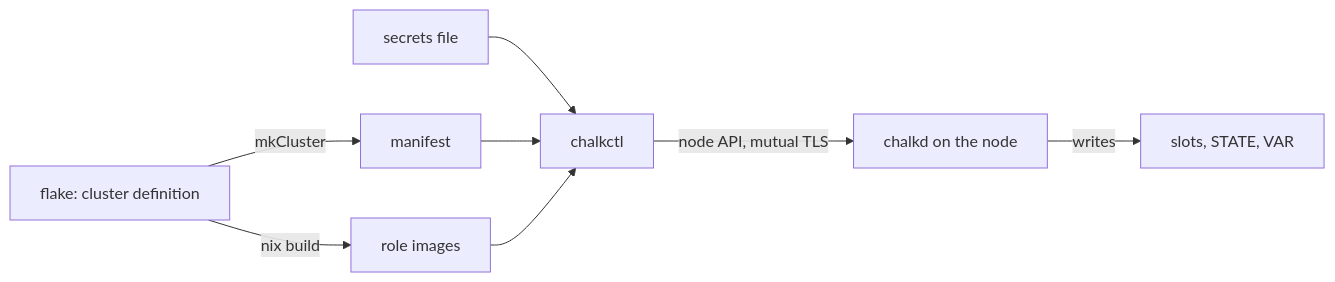
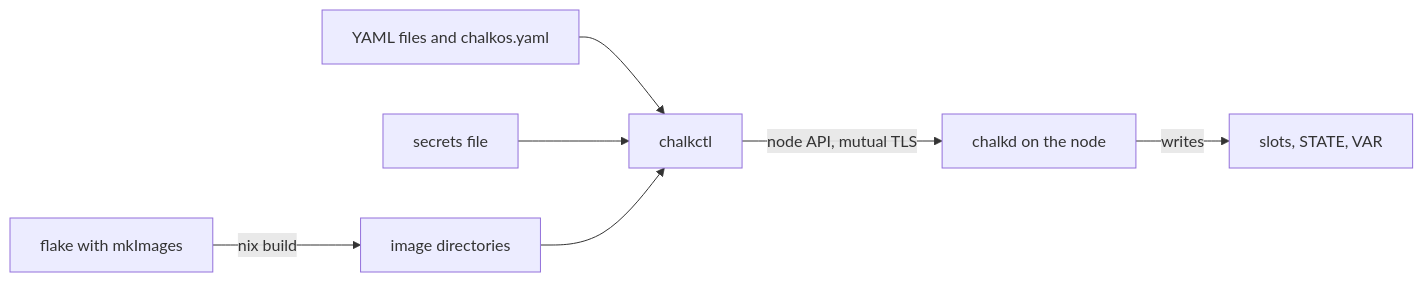
Before and after one commit to trevex/chalkos: the diagram in docs/getting-started/five-minutes.md, drawn with Mermaid. The commit also changed other lines of this file and 1 other file, not shown here.

Commit message:
docs: tell the model in five minutes from mkImages, YAML and the inventory

````diff
--- a/docs/getting-started/five-minutes.md
+++ b/docs/getting-started/five-minutes.md
@@ -15,10 +16,9 @@
 ```mermaid
 flowchart LR
-    flake["flake: cluster definition"] -->|nix build| images["role images"]
-    flake -->|mkCluster| manifest["manifest"]
+    flake["flake with mkImages"] -->|nix build| images["image directories"]
+    yaml["YAML files and chalkos.yaml"] --> chalkctl
     secrets["secrets file"] --> chalkctl
-    manifest --> chalkctl
     images --> chalkctl
     chalkctl -->|"node API, mutual TLS"| chalkd["chalkd on the node"]
     chalkd -->|writes| disk["slots, STATE, VAR"]
 ```
````
